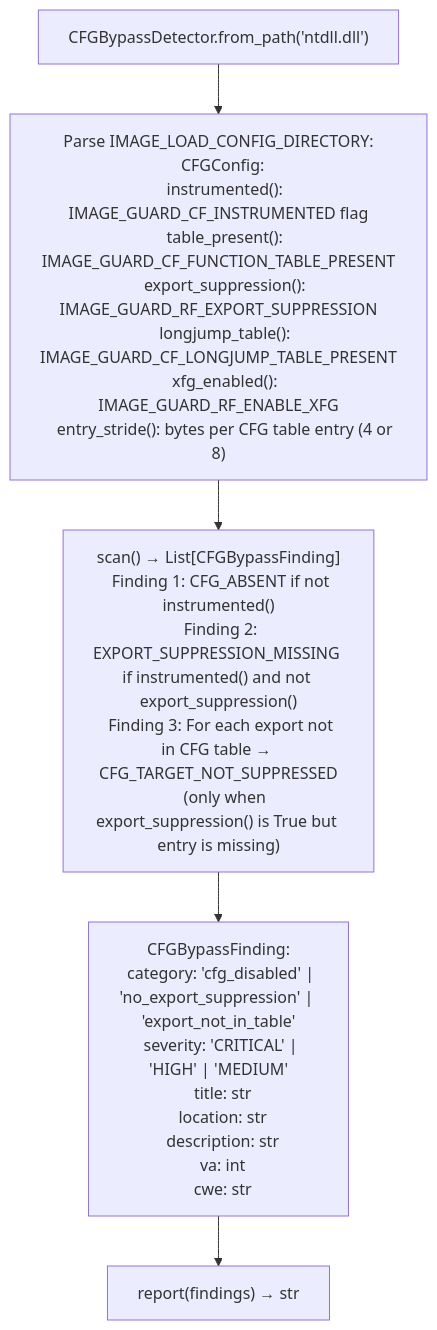
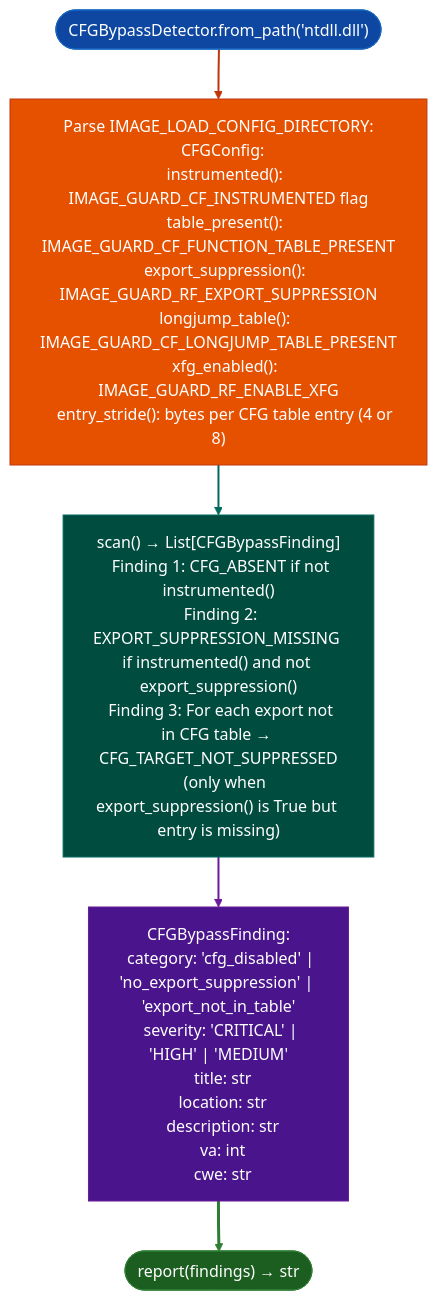
Before and after one commit to Ablation-Tool/ablation: the diagram in docs/reference-modules/control-flow-guard-review.md, drawn with Mermaid. The commit also changed 320 other files, not shown here.

First line of the commit message:
docs: apply canonical Mermaid template to all 321 diagrams

````diff
--- a/docs/reference-modules/control-flow-guard-review.md
+++ b/docs/reference-modules/control-flow-guard-review.md
@@ -19,7 +19,17 @@
 ```mermaid
 flowchart TD
-    A["CFGBypassDetector.from_path('ntdll.dll')"] --> B["Parse IMAGE_LOAD_CONFIG_DIRECTORY:\n  CFGConfig:\n    instrumented(): IMAGE_GUARD_CF_INSTRUMENTED flag\n    table_present(): IMAGE_GUARD_CF_FUNCTION_TABLE_PRESENT\n    export_suppression(): IMAGE_GUARD_RF_EXPORT_SUPPRESSION\n    longjump_table(): IMAGE_GUARD_CF_LONGJUMP_TABLE_PRESENT\n    xfg_enabled(): IMAGE_GUARD_RF_ENABLE_XFG\n    entry_stride(): bytes per CFG table entry (4 or 8)"]
-    B --> C["scan() → List[CFGBypassFinding]\n  Finding 1: CFG_ABSENT if not instrumented()\n  Finding 2: EXPORT_SUPPRESSION_MISSING if instrumented() and not export_suppression()\n  Finding 3: For each export not in CFG table → CFG_TARGET_NOT_SUPPRESSED\n    (only when export_suppression() is True but entry is missing)"]
-    C --> D["CFGBypassFinding:\n  category: 'cfg_disabled' | 'no_export_suppression' | 'export_not_in_table'\n  severity: 'CRITICAL' | 'HIGH' | 'MEDIUM'\n  title: str\n  location: str\n  description: str\n  va: int\n  cwe: str"]
-    D --> E["report(findings) → str"]
+    A(["CFGBypassDetector.from_path('ntdll.dll')"]):::input --> B["Parse IMAGE_LOAD_CONFIG_DIRECTORY:\n  CFGConfig:\n    instrumented(): IMAGE_GUARD_CF_INSTRUMENTED flag\n    table_present(): IMAGE_GUARD_CF_FUNCTION_TABLE_PRESENT\n    export_suppression(): IMAGE_GUARD_RF_EXPORT_SUPPRESSION\n    longjump_table(): IMAGE_GUARD_CF_LONGJUMP_TABLE_PRESENT\n    xfg_enabled(): IMAGE_GUARD_RF_ENABLE_XFG\n    entry_stride(): bytes per CFG table entry (4 or 8)"]:::primary
+    B:::primary --> C["scan() → List[CFGBypassFinding]\n  Finding 1: CFG_ABSENT if not instrumented()\n  Finding 2: EXPORT_SUPPRESSION_MISSING if instrumented() and not export_suppression()\n  Finding 3: For each export not in CFG table → CFG_TARGET_NOT_SUPPRESSED\n    (only when export_suppression() is True but entry is missing)"]:::secondary
+    C:::secondary --> D["CFGBypassFinding:\n  category: 'cfg_disabled' | 'no_export_suppression' | 'export_not_in_table'\n  severity: 'CRITICAL' | 'HIGH' | 'MEDIUM'\n  title: str\n  location: str\n  description: str\n  va: int\n  cwe: str"]:::tertiary
+    D:::tertiary --> E(["report(findings) → str"]):::output
+    classDef input     fill:#0d47a1,stroke:#1565c0,color:#fff
+    classDef primary   fill:#e65100,stroke:#bf360c,color:#fff
+    classDef secondary fill:#004d40,stroke:#00695c,color:#fff
+    classDef tertiary  fill:#4a148c,stroke:#6a1b9a,color:#fff
+    classDef neutral   fill:#37474f,stroke:#546e7a,color:#fff
+    classDef output    fill:#1b5e20,stroke:#2e7d32,color:#fff
+    linkStyle 0 stroke:#bf360c,stroke-width:2px
+    linkStyle 1 stroke:#00695c,stroke-width:2px
+    linkStyle 2 stroke:#6a1b9a,stroke-width:2px
+    linkStyle 3 stroke:#2e7d32,stroke-width:3px
 ```
````
